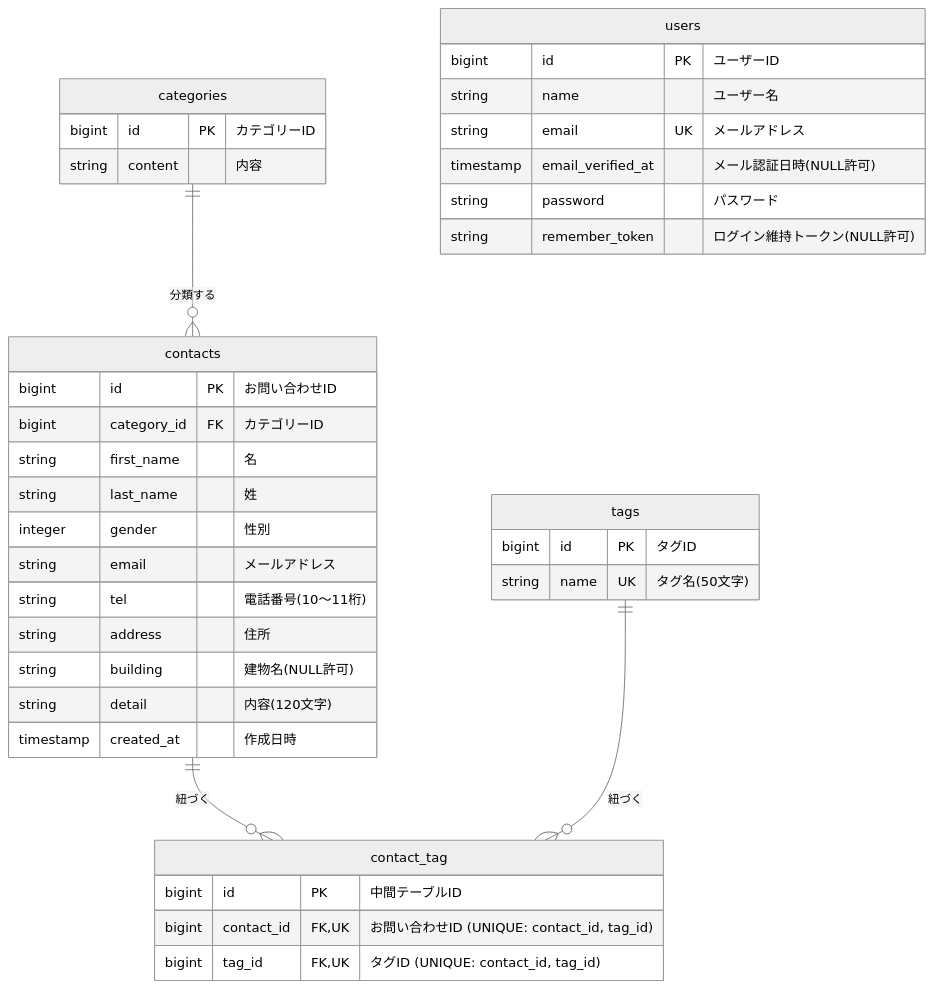
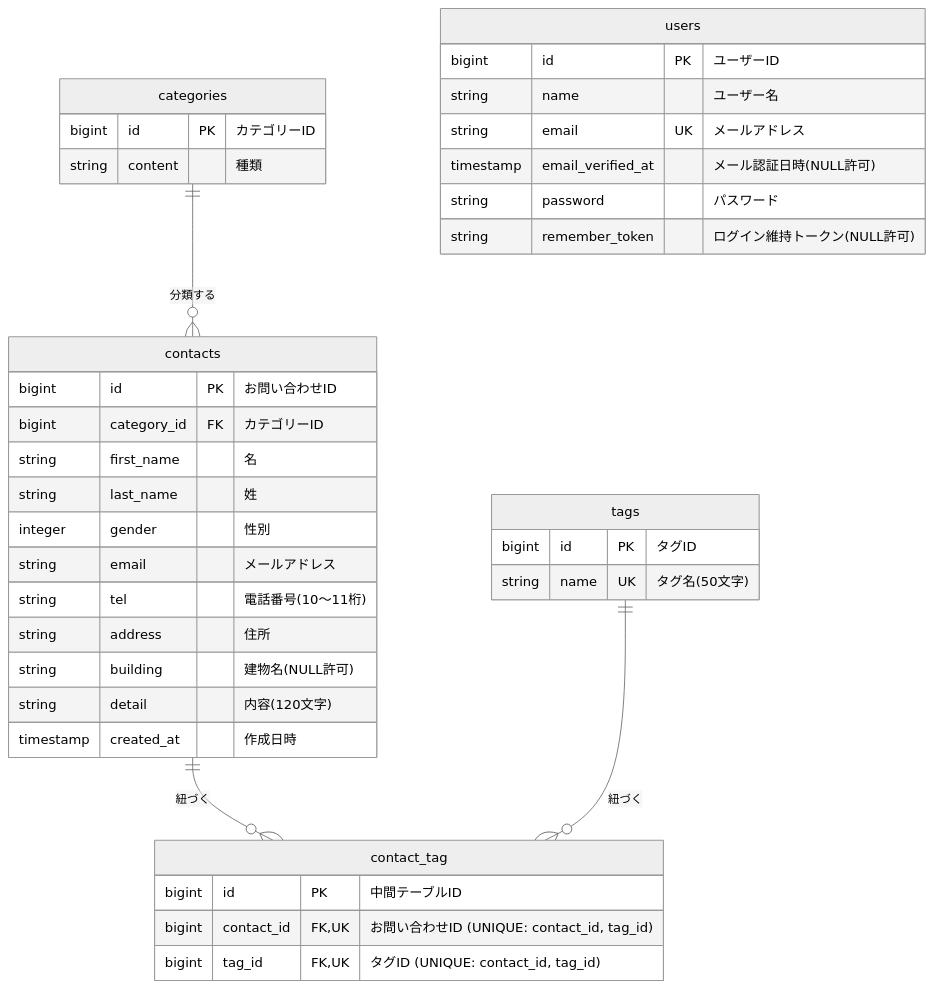
Before and after one commit to yuhei-kawamata/contact-form-app: the diagram in README.md, drawn with Mermaid (neutral theme). The commit also changed 9 other files, not shown here.

````diff
--- a/README.md
+++ b/README.md
@@ -30,45 +30,45 @@
 ```mermaid
 erDiagram
     categories ||--o{ contacts : "分類する"
     contacts ||--o{ contact_tag : "紐づく"
     tags ||--o{ contact_tag : "紐づく"
 
     users {
         bigint id PK "ユーザーID"
         string name "ユーザー名"
         string email UK "メールアドレス"
         timestamp email_verified_at "メール認証日時(NULL許可)"
         string password "パスワード"
         string remember_token "ログイン維持トークン(NULL許可)"
     }
 
     categories {
         bigint id PK "カテゴリーID"
-        string content "内容"
+        string content "種類"
     }
 
     contacts {
         bigint id PK "お問い合わせID"
         bigint category_id FK "カテゴリーID"
         string first_name "名"
         string last_name "姓"
         integer gender "性別"
         string email "メールアドレス"
         string tel "電話番号(10～11桁)"
         string address "住所"
         string building "建物名(NULL許可)"
         string detail "内容(120文字)"
         timestamp created_at "作成日時"
     }
 
     tags {
         bigint id PK "タグID"
         string name UK "タグ名(50文字)"
     }
 
     contact_tag {
         bigint id PK "中間テーブルID"
         bigint contact_id FK,UK "お問い合わせID (UNIQUE: contact_id, tag_id)"
         bigint tag_id FK,UK "タグID (UNIQUE: contact_id, tag_id)"
     }
 ```
````
